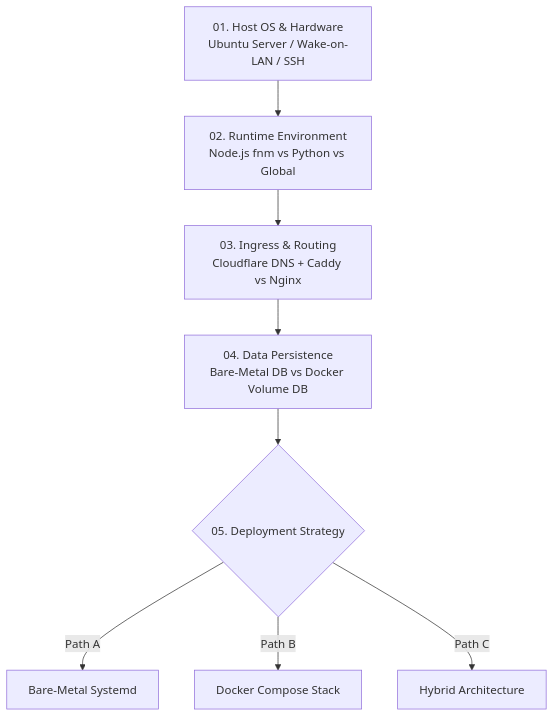
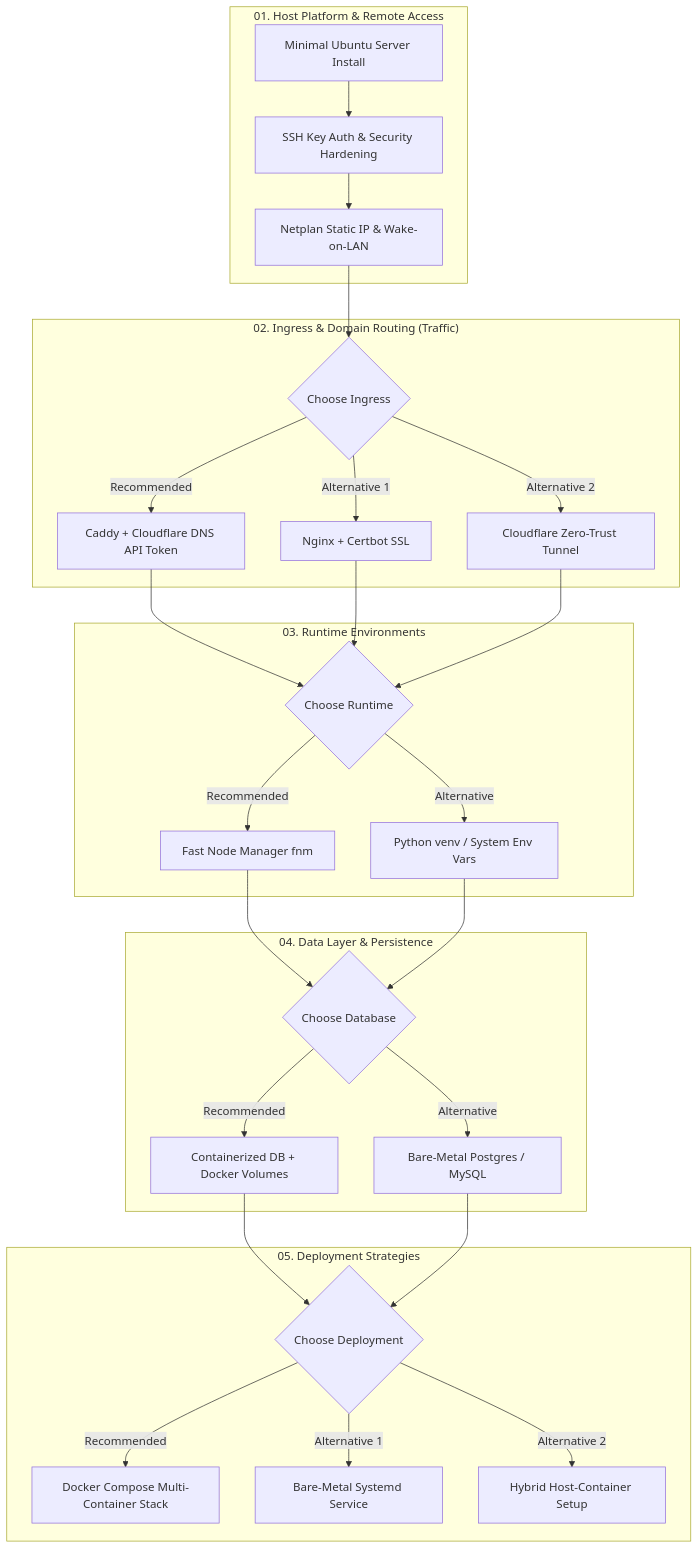
One commit to Raknage/RaknaDocs changed the diagram in src/content/docs/home-server/index.mdx. Above: the diagram before and after it, drawn with Mermaid. The commit also changed other lines of this file and 7 other files, not shown here.

Commit message:
feat(home-server): implement modular CYOA Home Server setup guide across 5 layers

````diff
--- a/src/content/docs/home-server/index.mdx
+++ b/src/content/docs/home-server/index.mdx
@@ -16,10 +41,33 @@
-```mermaid
-graph TD
-    A[01. Host OS & Hardware<br/>Ubuntu Server / Wake-on-LAN / SSH] --> B[02. Runtime Environment<br/>Node.js fnm vs Python vs Global]
-    B --> C[03. Ingress & Routing<br/>Cloudflare DNS + Caddy vs Nginx]
-    C --> D[04. Data Persistence<br/>Bare-Metal DB vs Docker Volume DB]
-    D --> E{05. Deployment Strategy}
-    E -->|Path A| F[Bare-Metal Systemd]
-    E -->|Path B| G[Docker Compose Stack]
-    E -->|Path C| H[Hybrid Architecture]
-```
+    ```mermaid
+    graph TD
+        subgraph Layer1["01. Host Platform & Remote Access"]
+            L1A[Minimal Ubuntu Server Install] --> L1B[SSH Key Auth & Security Hardening]
+            L1B --> L1C[Netplan Static IP & Wake-on-LAN]
+        end
+
+        subgraph Layer2["02. Ingress & Domain Routing (Traffic)"]
+            L1C --> L2A{Choose Ingress}
+            L2A -->|Recommended| L2B[Caddy + Cloudflare DNS API Token]
+            L2A -->|Alternative 1| L2C[Nginx + Certbot SSL]
+            L2A -->|Alternative 2| L2D[Cloudflare Zero-Trust Tunnel]
+        end
+
+        subgraph Layer3["03. Runtime Environments"]
+            L2B & L2C & L2D --> L3A{Choose Runtime}
+            L3A -->|Recommended| L3B[Fast Node Manager fnm]
+            L3A -->|Alternative| L3C[Python venv / System Env Vars]
+        end
+
+        subgraph Layer4["04. Data Layer & Persistence"]
+            L3B & L3C --> L4A{Choose Database}
+            L4A -->|Recommended| L4B[Containerized DB + Docker Volumes]
+            L4A -->|Alternative| L4C[Bare-Metal Postgres / MySQL]
+        end
+
+        subgraph Layer5["05. Deployment Strategies"]
+            L4B & L4C --> L5A{Choose Deployment}
+            L5A -->|Recommended| L5B[Docker Compose Multi-Container Stack]
+            L5A -->|Alternative 1| L5C[Bare-Metal Systemd Service]
+            L5A -->|Alternative 2| L5D[Hybrid Host-Container Setup]
+        end
+    ```
````
